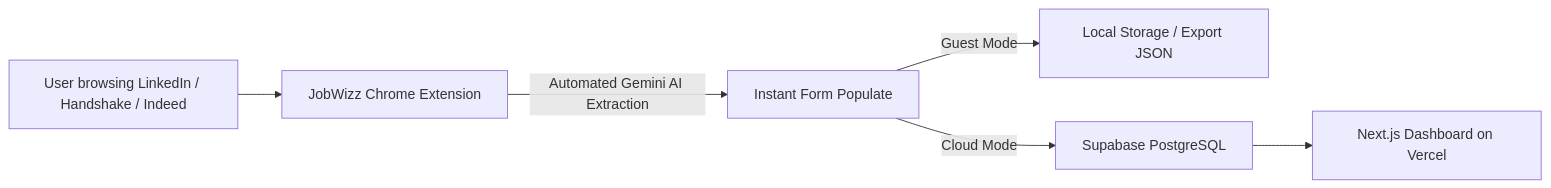
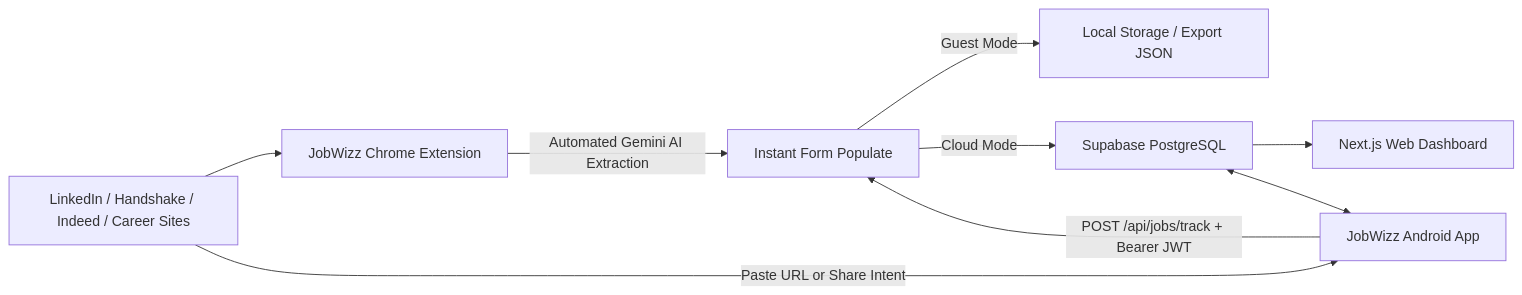
One commit to aryankumar10/jobwizz changed the diagram in README.md. Above: the diagram before and after it, drawn with Mermaid. The commit also changed other lines of this file and 15 other files, not shown here.

Commit message:
added android app

````diff
--- a/README.md
+++ b/README.md
@@ -9,8 +9,11 @@
 ```mermaid
 flowchart LR
-    A[User browsing LinkedIn / Handshake / Indeed] --> B[JobWizz Chrome Extension]
+    A[LinkedIn / Handshake / Indeed / Career Sites] --> B[JobWizz Chrome Extension]
+    A -->|Paste URL or Share Intent| M[JobWizz Android App]
     B -->|Automated Gemini AI Extraction| C[Instant Form Populate]
+    M -->|POST /api/jobs/track + Bearer JWT| C
     C -->|Guest Mode| D[Local Storage / Export JSON]
     C -->|Cloud Mode| E[Supabase PostgreSQL]
-    E --> F[Next.js Dashboard on Vercel]
+    E --> F[Next.js Web Dashboard]
+    E <--> M
 ```
````
